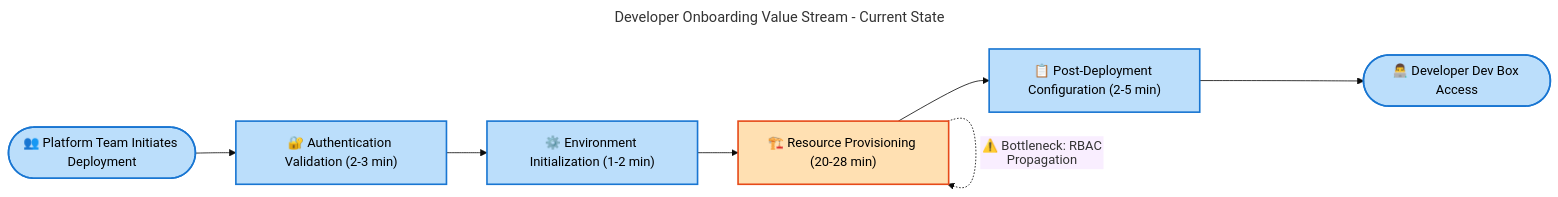
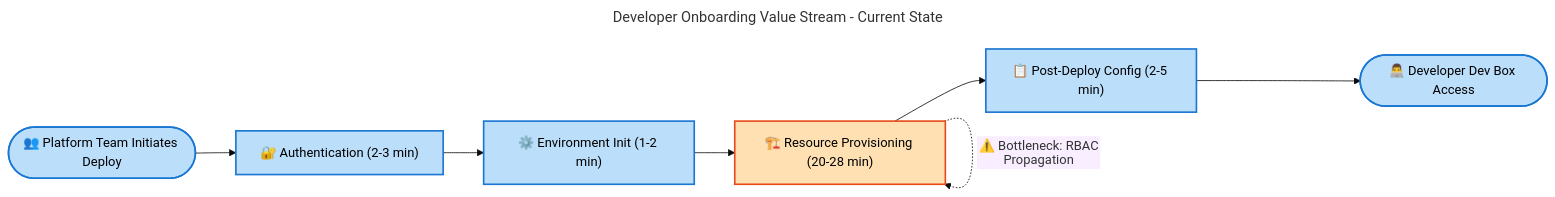
The fifth of 5 diagrams in docs/Business-Architecture-BDAT.md (Evilazaro/DevExp-DevBox), drawn with Mermaid before and after one commit. The commit also changed other lines of this file, not shown here.

Commit message:
Refine Business Architecture Document terminology and flowchart labels for improved clarity and consistency

````diff
--- a/docs/Business-Architecture-BDAT.md
+++ b/docs/Business-Architecture-BDAT.md
@@ -708,35 +708,35 @@
 ```mermaid
 ---
 title: Developer Onboarding Value Stream - Current State
 config:
   theme: base
   flowchart:
     htmlLabels: false
 ---
 flowchart LR
     accTitle: Developer Onboarding Value Stream showing process phases and durations
     accDescr: End-to-end workflow from initiation to Dev Box access with time metrics
 
     %% STANDARD COLOR SCHEME v2.1 - Material Design 3
     %% Semantic Colors (Functional Content - 100-level shades)
     classDef mdBlue fill:#BBDEFB,stroke:#1976D2,stroke-width:2px,color:#000
     classDef mdOrange fill:#FFE0B2,stroke:#E64A19,stroke-width:2px,color:#000
 
-    start([👥 Platform Team Initiates Deployment]):::mdBlue
-    auth["🔐 Authentication Validation (2-3 min)"]:::mdBlue
-    init["⚙️ Environment Initialization (1-2 min)"]:::mdBlue
+    start([👥 Platform Team Initiates Deploy]):::mdBlue
+    auth["🔐 Authentication (2-3 min)"]:::mdBlue
+    init["⚙️ Environment Init (1-2 min)"]:::mdBlue
     provision["🏗️ Resource Provisioning (20-28 min)"]:::mdOrange
-    config["📋 Post-Deployment Configuration (2-5 min)"]:::mdBlue
+    config["📋 Post-Deploy Config (2-5 min)"]:::mdBlue
     complete([👨‍💻 Developer Dev Box Access]):::mdBlue
 
     start --> auth
     auth --> init
     init --> provision
     provision --> config
     config --> complete
 
     %% Annotations
     provision -.->|"⚠️ Bottleneck: RBAC Propagation"| provision
 
     %% Accessibility: WCAG AA verified (4.5:1 contrast ratio)
 ```
````
